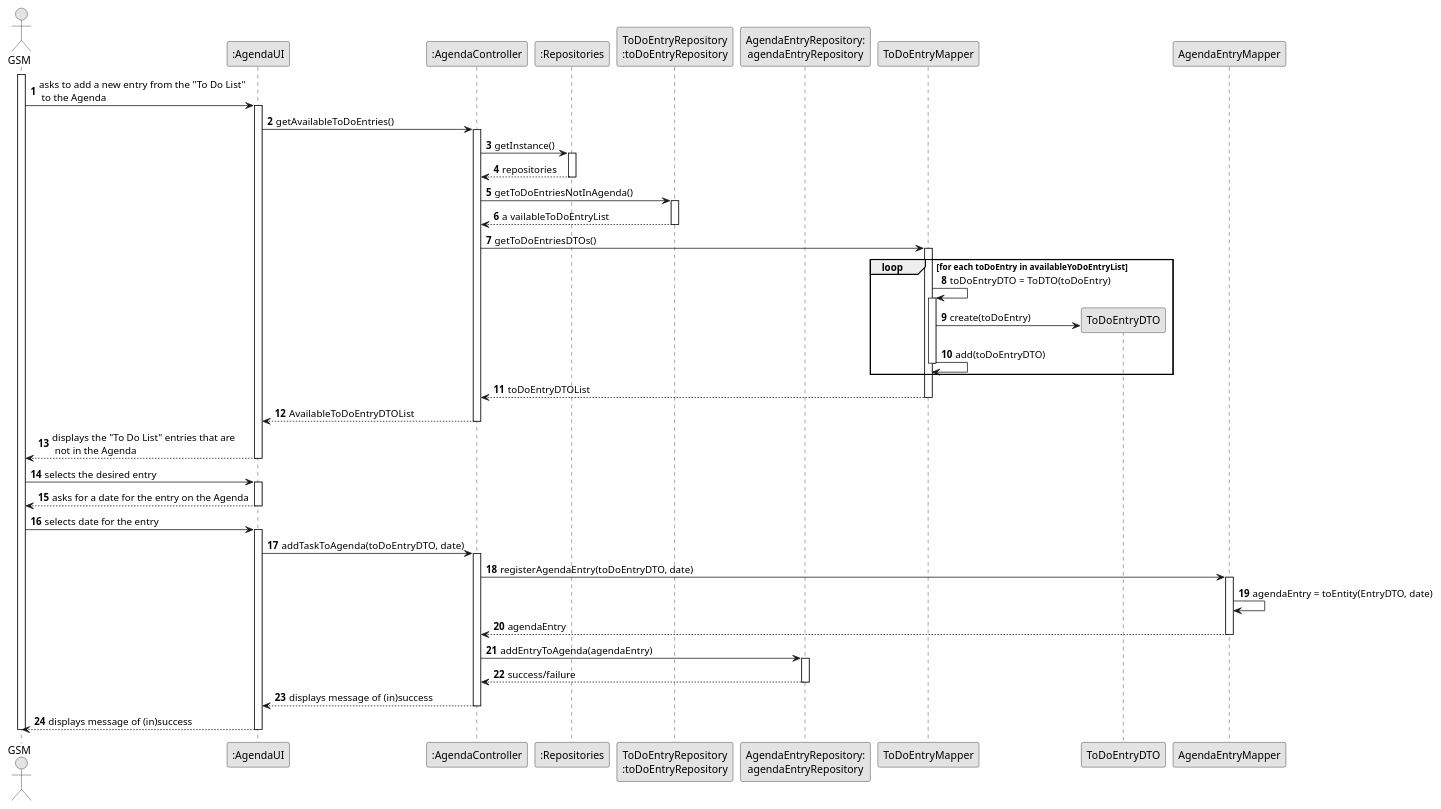
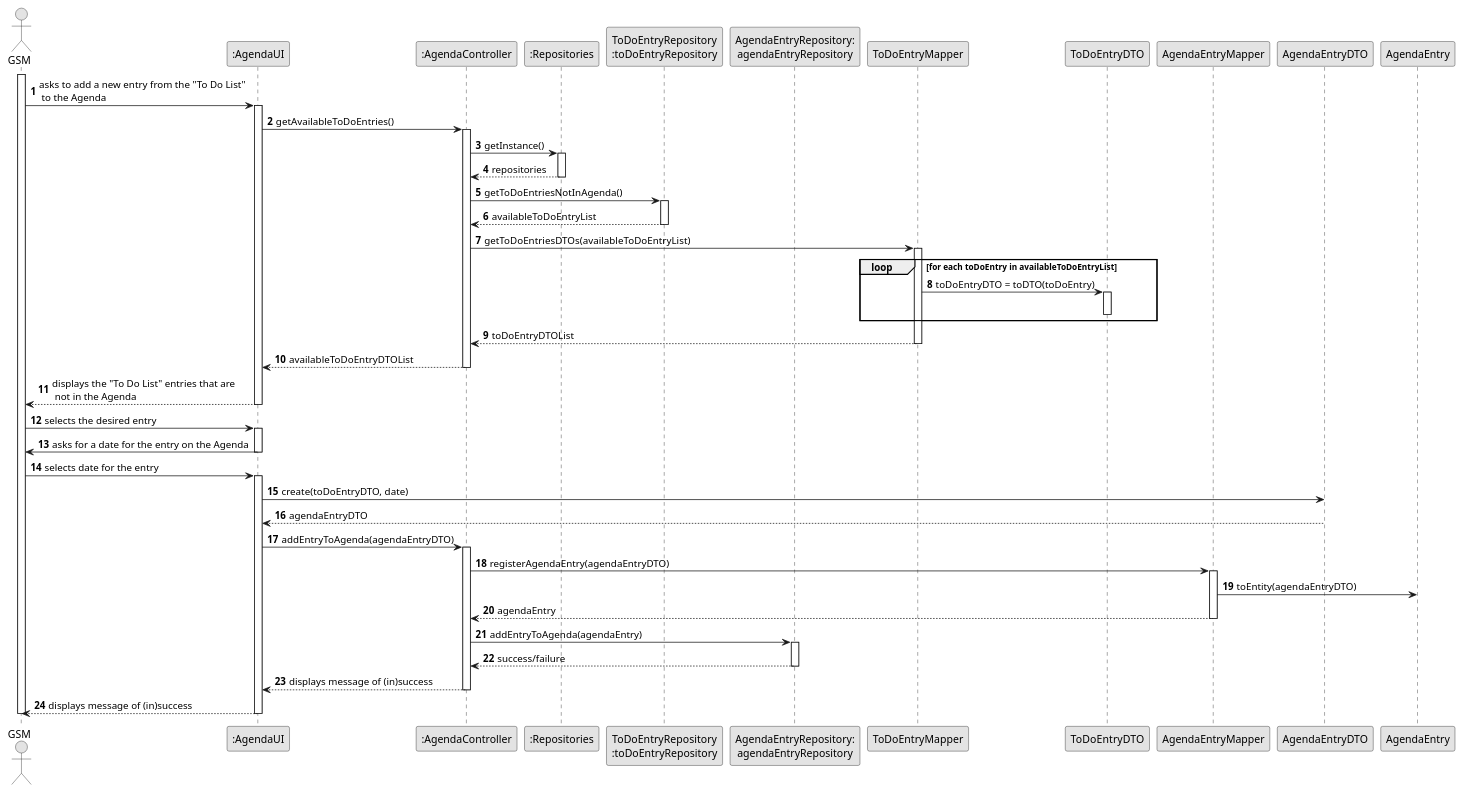
The diagram in docs/sprintC/us022/03.design/puml/us022-sequence-diagram-full.puml (Departamento-de-Engenharia-Informatica/lei-24-s2-1do-g164), drawn with PlantUML before and after one commit. The commit also changed 11 other files, not shown here.

```diff
--- a/docs/sprintC/us022/03.design/puml/us022-sequence-diagram-full.puml
+++ b/docs/sprintC/us022/03.design/puml/us022-sequence-diagram-full.puml
@@ -1,102 +1,92 @@
 @startuml
 skinparam monochrome true
 skinparam packageStyle rectangle
 skinparam shadowing false
 
 autonumber
 
 actor "GSM" as Employee
 participant ":AgendaUI" as UI
 participant ":AgendaController" as CTRL
 participant ":Repositories" as RepositorySingleton
 participant "ToDoEntryRepository\n:toDoEntryRepository" as TaskRepo
 participant "AgendaEntryRepository:\nagendaEntryRepository"
 participant "ToDoEntryMapper"
 participant "ToDoEntryDTO"
 participant "AgendaEntryMapper"
 
 activate Employee
 
     Employee -> UI : asks to add a new entry from the "To Do List"\n to the Agenda
     activate UI
 
         UI -> CTRL : getAvailableToDoEntries()
         activate CTRL
 
             CTRL -> RepositorySingleton : getInstance()
             activate RepositorySingleton
 
                 RepositorySingleton --> CTRL: repositories
             deactivate RepositorySingleton
 
             CTRL -> TaskRepo : getToDoEntriesNotInAgenda()
             activate TaskRepo
 
-                TaskRepo --> CTRL : a vailableToDoEntryList
+                TaskRepo --> CTRL : availableToDoEntryList
             deactivate TaskRepo
 
+            CTRL -> "ToDoEntryMapper" : getToDoEntriesDTOs(availableToDoEntryList)
+            activate "ToDoEntryMapper"
 
-                CTRL -> "ToDoEntryMapper" :getToDoEntriesDTOs()
-                activate "ToDoEntryMapper"
+            loop for each toDoEntry in availableToDoEntryList
+                ToDoEntryMapper -> ToDoEntryDTO: toDoEntryDTO = toDTO(toDoEntry)
+                activate ToDoEntryDTO
+                deactivate ToDoEntryDTO
+            end
 
+            ToDoEntryMapper --> CTRL: toDoEntryDTOList
+            deactivate ToDoEntryMapper
 
-                loop for each toDoEntry in availableYoDoEntryList
-                                           ToDoEntryMapper -> ToDoEntryMapper: toDoEntryDTO = ToDTO(toDoEntry)
-                                           activate ToDoEntryMapper
-                                               ToDoEntryMapper -> ToDoEntryDTO**: create(toDoEntry)
-                                               ToDoEntryMapper -> "ToDoEntryMapper": add(toDoEntryDTO)
-                                           deactivate ToDoEntryMapper
-                                       end
-
-
-                "ToDoEntryMapper" -->  CTRL :toDoEntryDTOList
-                deactivate "ToDoEntryMapper"
-
-
-
-
-
-            CTRL --> UI : AvailableToDoEntryDTOList
+            CTRL --> UI : availableToDoEntryDTOList
         deactivate CTRL
 
         UI --> Employee : displays the "To Do List" entries that are\n not in the Agenda
     deactivate UI
 
     Employee -> UI : selects the desired entry
     activate UI
 
-        UI --> Employee : asks for a date for the entry on the Agenda
+        UI -> Employee : asks for a date for the entry on the Agenda
     deactivate UI
 
     Employee -> UI : selects date for the entry
     activate UI
 
-        UI -> CTRL : addTaskToAgenda(toDoEntryDTO, date)
+        UI -> AgendaEntryDTO : create(toDoEntryDTO, date)
+        UI <-- AgendaEntryDTO : agendaEntryDTO
+
+        UI -> CTRL : addEntryToAgenda(agendaEntryDTO)
         activate CTRL
 
-        CTRL -> "AgendaEntryMapper" :registerAgendaEntry(toDoEntryDTO, date)
-                        activate "AgendaEntryMapper"
+            CTRL -> "AgendaEntryMapper" : registerAgendaEntry(agendaEntryDTO)
+            activate "AgendaEntryMapper"
 
-                               "AgendaEntryMapper" -> "AgendaEntryMapper" : agendaEntry = toEntity(EntryDTO, date)
-
-
-                        "AgendaEntryMapper" -->  CTRL :agendaEntry
-                        deactivate "AgendaEntryMapper"
-
-
+                AgendaEntryMapper -> AgendaEntry : toEntity(agendaEntryDTO)
+                AgendaEntryMapper --> CTRL : agendaEntry
+            deactivate "AgendaEntryMapper"
 
             CTRL -> "AgendaEntryRepository:\nagendaEntryRepository" : addEntryToAgenda(agendaEntry)
             activate "AgendaEntryRepository:\nagendaEntryRepository"
 
-                "AgendaEntryRepository:\nagendaEntryRepository"--> CTRL : success/failure
+                "AgendaEntryRepository:\nagendaEntryRepository" --> CTRL : success/failure
             deactivate "AgendaEntryRepository:\nagendaEntryRepository"
 
             CTRL --> UI : displays message of (in)success
         deactivate CTRL
 
         UI --> Employee : displays message of (in)success
     deactivate UI
 
 deactivate Employee
 
 @enduml
```
